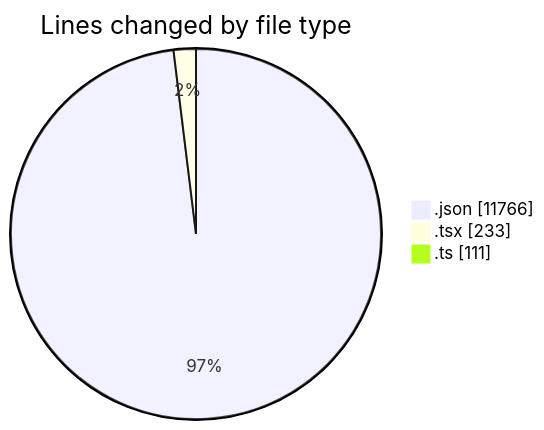
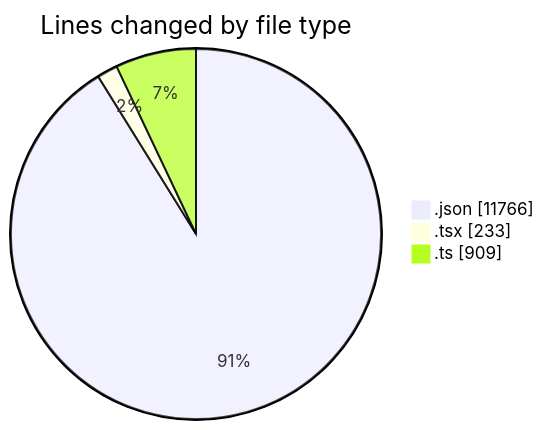
The first of 2 diagrams in 2026-04-16/airfeed-analytics-dashboard/README.md (nxtqubesakshisongat/code-tracking), drawn with Mermaid before and after one commit. The commit also changed other lines of this file and 1 other file, not shown here.

````diff
--- a/2026-04-16/airfeed-analytics-dashboard/README.md
+++ b/2026-04-16/airfeed-analytics-dashboard/README.md
@@ -24,7 +25,7 @@
 ```mermaid
 pie showData
 title Lines changed by file type
 ".json" : 11766
 ".tsx" : 233
-".ts" : 111
+".ts" : 909
 ```
````
